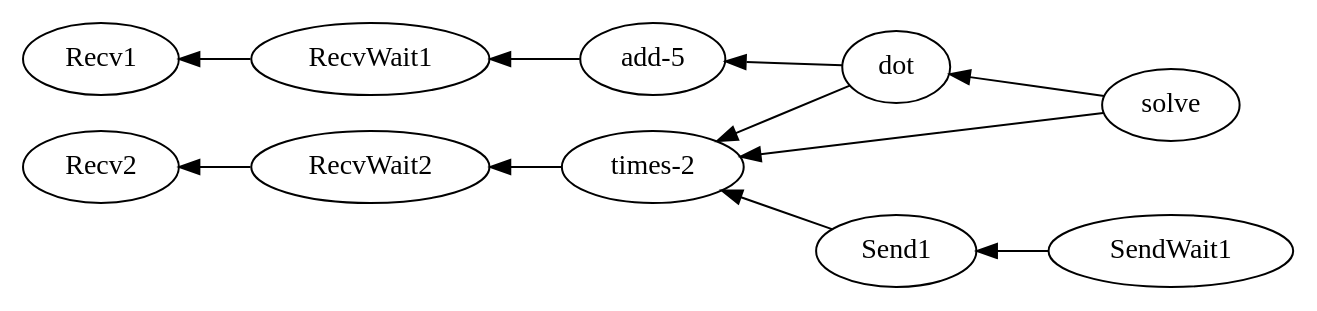
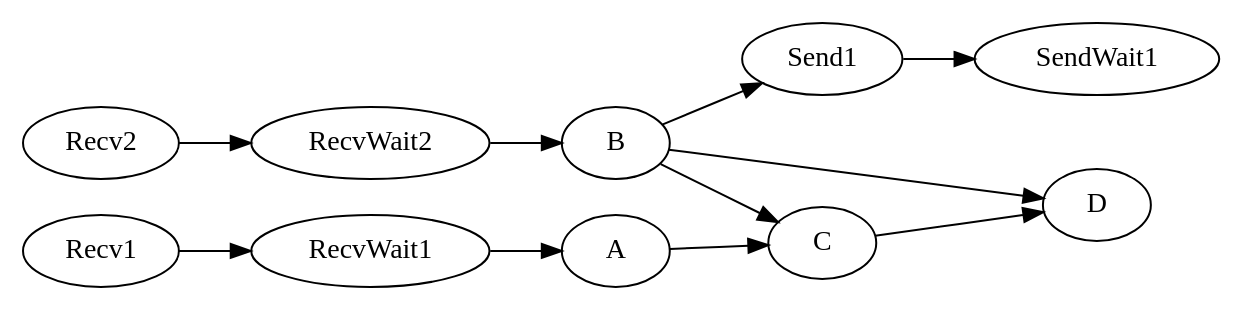
One commit to mrocklin/mrocklin.github.io changed the diagram in pub/ordering/mpi-po.dot. Above: the diagram before and after it, drawn with Graphviz. The commit also changed 5 other files, not shown here.

```diff
--- a/pub/ordering/mpi-po.dot
+++ b/pub/ordering/mpi-po.dot
@@ -1,13 +1,13 @@
 digraph{
-    rankdir = RL;
-    solve -> dot;
-    solve -> "times-2";
-    dot -> "times-2";
-    dot -> "add-5";
-    "add-5" -> RecvWait1;
-    "times-2" -> RecvWait2;
-    RecvWait1 -> Recv1;
-    RecvWait2 -> Recv2;
-    Send1 -> "times-2";
-    SendWait1 -> Send1;
+    rankdir = LR;
+    C -> D;
+    B -> D;
+    B -> C;
+    A -> C;
+    RecvWait1 -> A;
+    RecvWait2 -> B;
+    Recv1 -> RecvWait1;
+    Recv2 -> RecvWait2;
+    B -> Send1;
+    Send1 -> SendWait1;
 }
```
